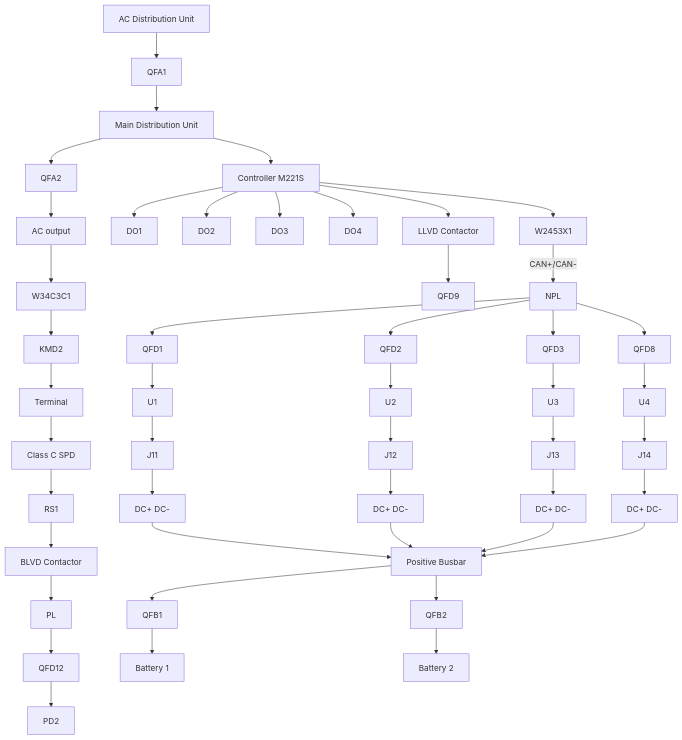
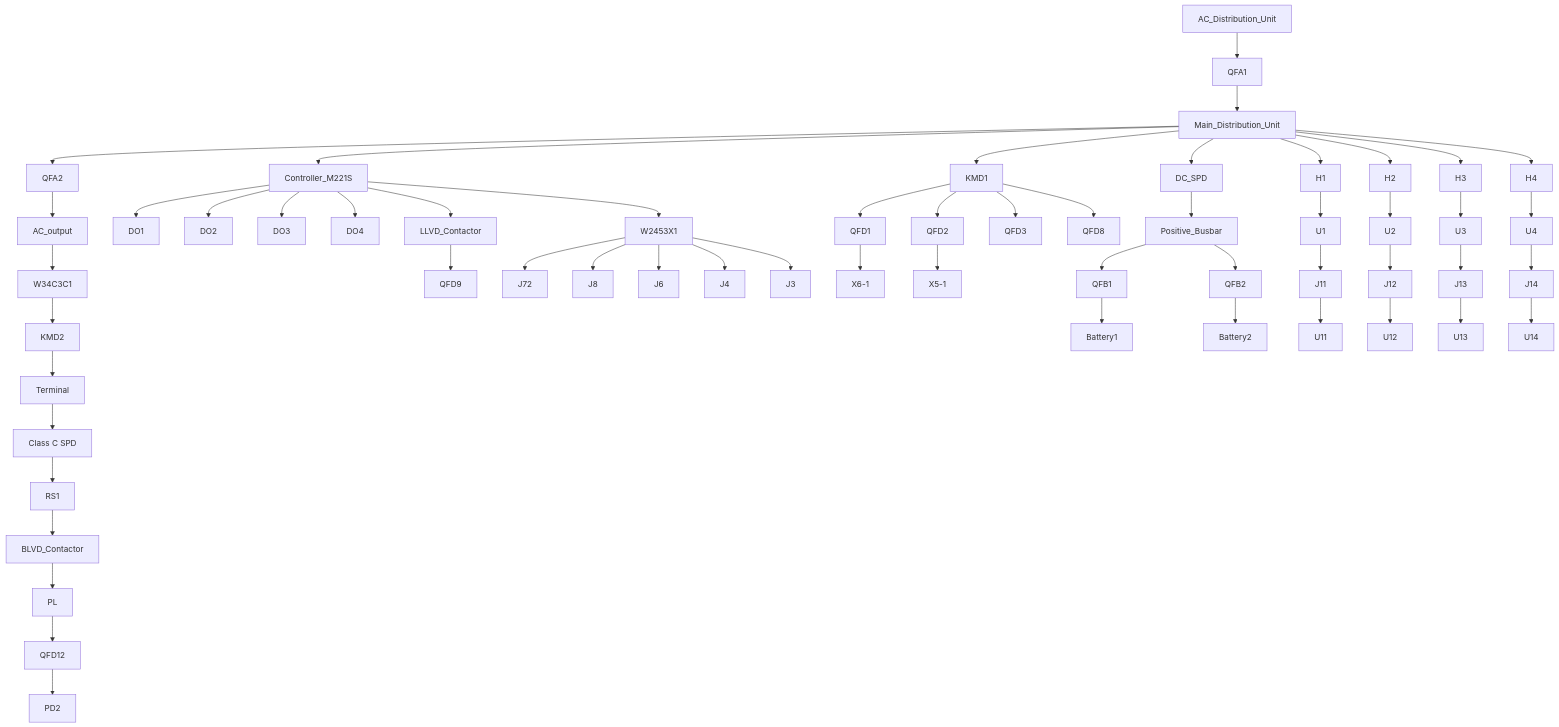
One commit to DucNT17/filling_slot changed diagram 13 of 13 in test_data/NetSure_732_User_Manual.md. Above: the diagram before and after it, drawn with Mermaid. The commit also changed other lines of this file and 10 other files, not shown here.

````diff
--- a/test_data/NetSure_732_User_Manual.md
+++ b/test_data/NetSure_732_User_Manual.md
@@ -1886,59 +1928,45 @@
 ```mermaid
 graph TD
-    AC[AC Distribution Unit] --> QFA1
-    QFA1 --> MainUnit[Main Distribution Unit]
-    MainUnit --> QFA2
-    QFA2 --> ACOutput[AC output]
-    ACOutput --> W34C3C1
+    AC_Distribution_Unit --> QFA1
+    QFA1 --> Main_Distribution_Unit
+    Main_Distribution_Unit --> QFA2
+    QFA2 --> AC_output
+    AC_output --> W34C3C1
     W34C3C1 --> KMD2
     KMD2 --> Terminal
     Terminal --> SPD1[Class C SPD]
     SPD1 --> RS1
-    RS1 --> BLVD[BLVD Contactor]
-    BLVD --> PL
+    RS1 --> BLVD_Contactor
+    BLVD_Contactor --> PL
     PL --> QFD12
     QFD12 --> PD2
     
-    MainUnit --> Controller[Controller M221S]
-    Controller --> DO1
-    Controller --> DO2
-    Controller --> DO3
-    Controller --> DO4
+    Main_Distribution_Unit --> Controller_M221S
+    Controller_M221S --> DO1 & DO2 & DO3 & DO4
     
-    Controller --> LLVD[LLVD Contactor]
-    LLVD --> QFD9
+    Controller_M221S --> LLVD_Contactor
+    LLVD_Contactor --> QFD9
     
-    Controller --> W2453X1
-    W2453X1 --> |CAN+/CAN-| NPL
+    Controller_M221S --> W2453X1
+    W2453X1 --> J72 & J8 & J6 & J4 & J3
     
-    NPL --> QFD1
-    NPL --> QFD2
-    NPL --> QFD3
-    NPL --> QFD8
+    Main_Distribution_Unit --> KMD1
+    KMD1 --> QFD1 & QFD2 & QFD3 & QFD8
     
-    QFD1 --> U1
-    QFD2 --> U2
-    QFD3 --> U3
-    QFD8 --> U4
+    QFD1 --> X6-1
+    QFD2 --> X5-1
     
-    U1 --> J11
-    U2 --> J12
-    U3 --> J13
-    U4 --> J14
+    Main_Distribution_Unit --> DC_SPD
+    DC_SPD --> Positive_Busbar
     
-    J11 --> H1[DC+ DC-]
-    J12 --> H2[DC+ DC-]
-    J13 --> H3[DC+ DC-]
-    J14 --> H4[DC+ DC-]
+    Positive_Busbar --> QFB1 & QFB2
+    QFB1 --> Battery1
+    QFB2 --> Battery2
     
-    H1 --> Busbar[Positive Busbar]
-    H2 --> Busbar
-    H3 --> Busbar
-    H4 --> Busbar
+    Main_Distribution_Unit --> H1 & H2 & H3 & H4
     
-    Busbar --> QFB1
-    Busbar --> QFB2
-    
-    QFB1 --> Battery1[Battery 1]
-    QFB2 --> Battery2[Battery 2]
+    H1 --> U1 --> J11 --> U11
+    H2 --> U2 --> J12 --> U12
+    H3 --> U3 --> J13 --> U13
+    H4 --> U4 --> J14 --> U14
 ```
````
